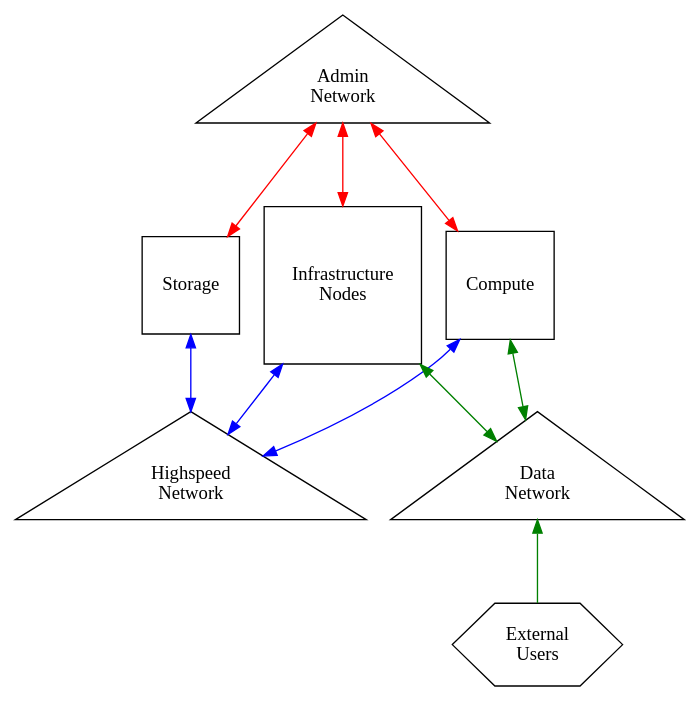
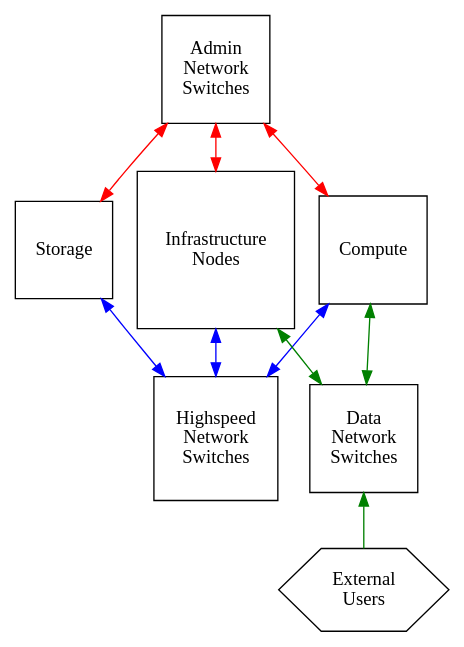
The diagram in Architecture_Diagrams/architecture_diagram_1.gv (BSCrumpton/hpc-diagram-sensitivity-examples), drawn with Graphviz before and after one commit. The commit also changed 4 other files, not shown here.

First line of the commit message:
re-wrote all architecture diagrams to use default rankdir, non-quoted attributes

```diff
--- a/Architecture_Diagrams/architecture_diagram_1.gv
+++ b/Architecture_Diagrams/architecture_diagram_1.gv
@@ -1,24 +1,22 @@
 // The barebones of what makes up an HPC system
 digraph g {
-    rankdir="BT";
-    overlap="scalexy"
-    Admin_Net[shape=triangle,label="Admin\nNetwork"];
+    Admin_Net[shape=square,label="Admin\nNetwork\nSwitches"];
     Compute[shape=square];
     // Firewall[shape=square];
     Storage[shape=square];
     Infra[shape=square,label="Infrastructure\nNodes"];
-    HS_Net[shape=triangle,label="Highspeed\nNetwork"];
-    Data_Net[shape=triangle,label="Data\nNetwork"];
+    HS_Net[shape=square,label="Highspeed\nNetwork\nSwitches"];
+    Data_Net[shape=square,label="Data\nNetwork\nSwitches"];
     External[shape=hexagon,label="External\nUsers"]
-    External -> Data_Net[color="green"];
-    // Firewall -> Data_Net[dir="both",color="green"];
-    // Firewall -> Admin_Net[dir="both",color="red"];
-    Data_Net -> Compute[dir="both",color="green"];
-    HS_Net -> Compute[dir="both",color="blue"];
-    Compute -> Admin_Net[dir="both",color="red"];
-    Data_Net -> Infra[dir="both",color="green"];
-    HS_Net -> Infra[dir="both",color="blue"];
-    Infra -> Admin_Net[dir="both",color="red"];
-    HS_Net -> Storage[dir="both",color="blue"];
-    Storage -> Admin_Net[dir="both",color="red"];
+    Data_Net -> External[dir=back,color=green];
+    // Firewall -> Data_Net[dir=both,color=green];
+    // Firewall -> Admin_Net[dir=both,color=red];
+    Compute -> Data_Net[dir=both,color=green];
+    Compute -> HS_Net[dir=both,color=blue];
+    Admin_Net -> Compute[dir=both,color=red];
+    Infra -> Data_Net[dir=both,color=green];
+    Infra -> HS_Net[dir=both,color=blue];
+    Admin_Net -> Infra[dir=both,color=red];
+    Storage -> HS_Net[dir=both,color=blue];
+    Admin_Net -> Storage[dir=both,color=red];
 }
```
